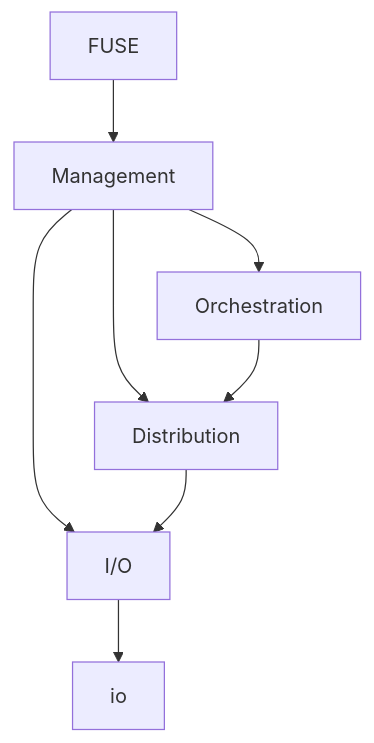
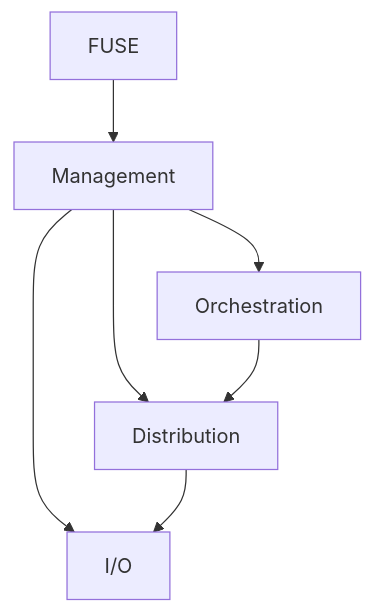
The diagram in README.md (tetsup/flexraid), drawn with Mermaid before and after one commit.

Commit message:
docs: simplify io dependency graph

````diff
--- a/README.md
+++ b/README.md
@@ -28,10 +28,9 @@
 ```mermaid
 flowchart TD
     FUSE --> Management
     Management --> Orchestration
     Management --> Distribution
     Orchestration --> Distribution
     Management --> I/O
     Distribution --> I/O
-    I/O --> DriveIO[io]
 ```
````
